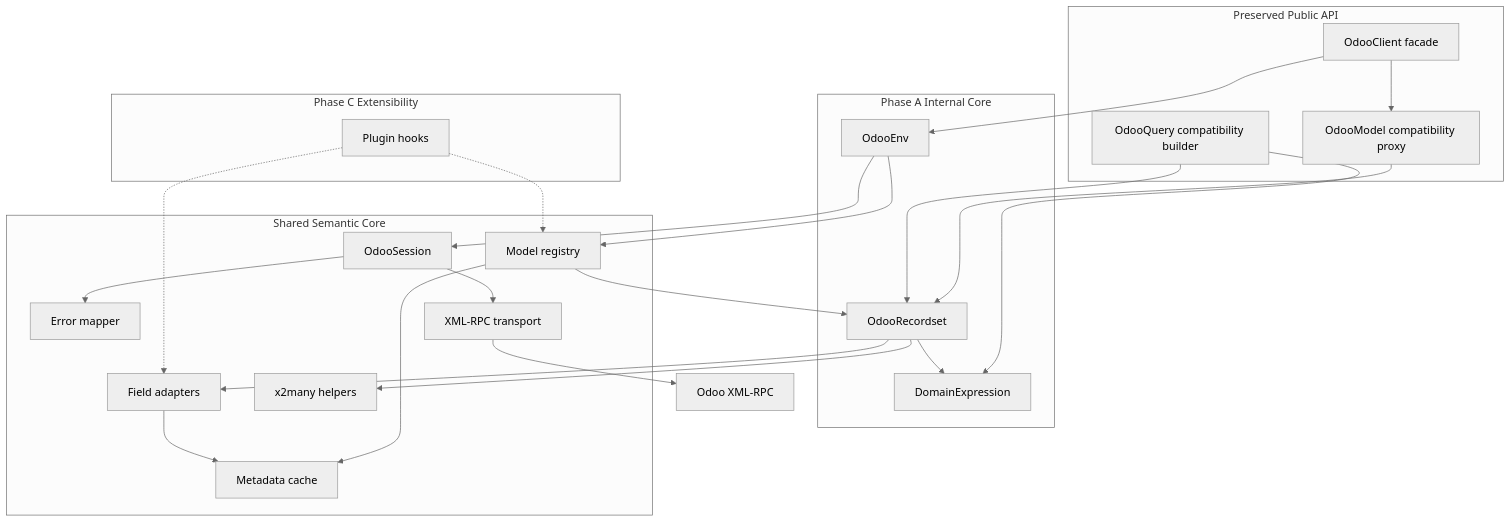
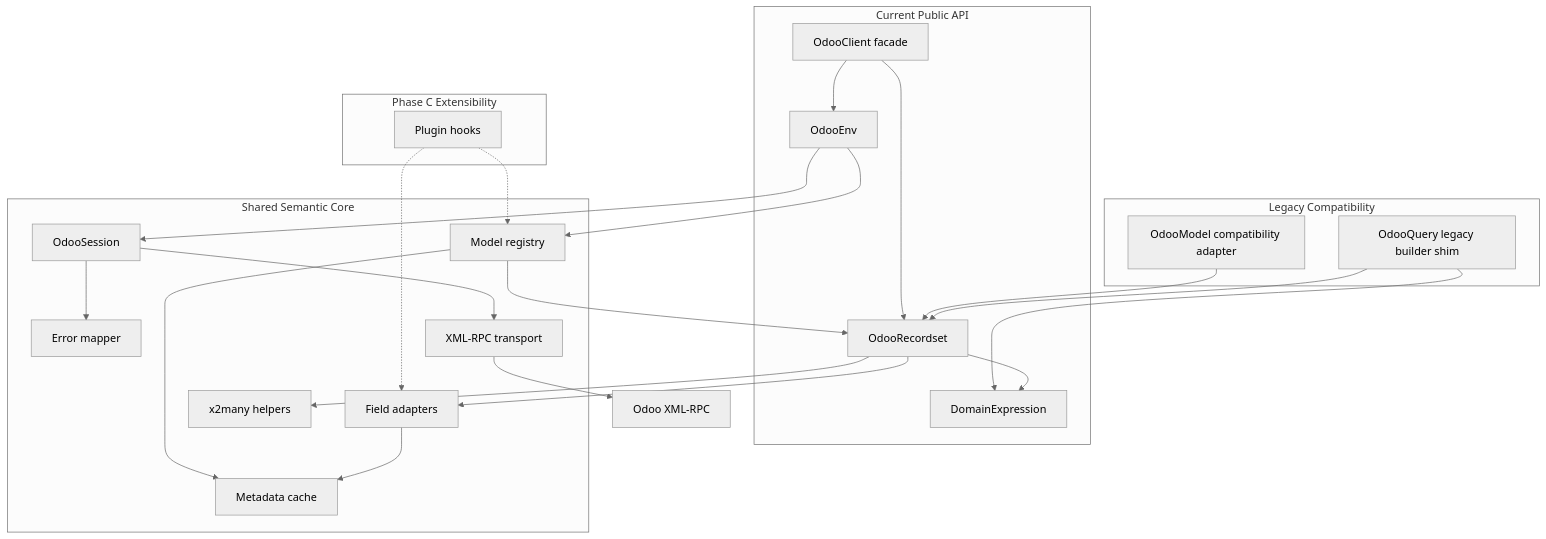
Before and after one commit to Crpaxton4/devcontainer-features: the second of 6 diagrams in docs/odoo-sdk-architecture-plan.md, drawn with Mermaid (neutral theme). The commit also changed other lines of this file and 9 other files, not shown here.

````diff
--- a/docs/odoo-sdk-architecture-plan.md
+++ b/docs/odoo-sdk-architecture-plan.md
@@ -192,47 +192,47 @@
 ```mermaid
 graph TD
-    subgraph PublicAPI["Preserved Public API"]
+    subgraph PublicAPI["Current Public API"]
         Client["OdooClient facade"]
-        Model["OdooModel compatibility proxy"]
-        Query["OdooQuery compatibility builder"]
-    end
-
-    subgraph PhaseAInternal["Phase A Internal Core"]
         Env["OdooEnv"]
         Recordset["OdooRecordset"]
         Domain["DomainExpression"]
+    end
+
+    subgraph Compatibility["Legacy Compatibility"]
+        Model["OdooModel compatibility adapter"]
+        Query["OdooQuery legacy builder shim"]
     end
 
     subgraph Core["Shared Semantic Core"]
         ModelRegistry["Model registry"]
         MetadataCache["Metadata cache"]
         FieldAdapters["Field adapters"]
         X2Many["x2many helpers"]
         ErrorMapper["Error mapper"]
         Session["OdooSession"]
         Transport["XML-RPC transport"]
     end
 
     subgraph PhaseCExtensibility["Phase C Extensibility"]
         PluginHooks["Plugin hooks"]
     end
 
     Client --> Env
-    Client --> Model
+    Client --> Recordset
     Model --> Recordset
     Query --> Domain
     Query --> Recordset
     Env --> ModelRegistry
     ModelRegistry --> Recordset
     Recordset --> Domain
     Recordset --> FieldAdapters
     Recordset --> X2Many
     ModelRegistry --> MetadataCache
     FieldAdapters --> MetadataCache
     Env --> Session
     Session --> Transport
     Session --> ErrorMapper
     PluginHooks -.-> FieldAdapters
     PluginHooks -.-> ModelRegistry
     Transport --> Odoo["Odoo XML-RPC"]
 ```
````
